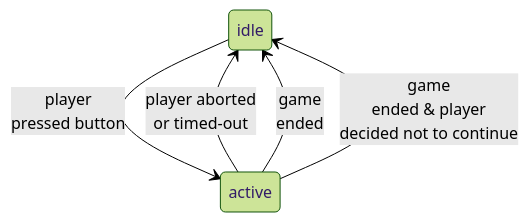
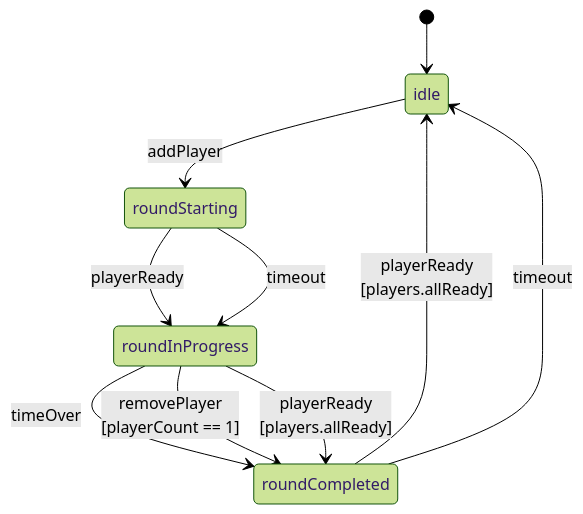
One commit to VasilisAvgoustakis/citizen-quest changed the third of 3 diagrams in doc/dev/game-states.md. Above: the diagram before and after it, drawn with Mermaid (forest theme). The commit also changed other lines of this file and 34 other files, not shown here.

````diff
--- a/doc/dev/game-states.md
+++ b/doc/dev/game-states.md
@@ -50,7 +64,12 @@
 ```mermaid
 stateDiagram-v2
-    idle --> active: player<br>pressed button
-    active --> idle: player aborted<br>or timed-out
-    active --> idle: game<br>ended
-    active --> idle: game<br>ended & player<br>decided not to continue
+    [*] --> idle
+    idle --> roundStarting: addPlayer
+    roundStarting --> roundInProgress: playerReady
+    roundStarting --> roundInProgress: timeout
+    roundInProgress --> roundCompleted: timeOver
+    roundInProgress --> roundCompleted: removePlayer<br>[playerCount == 1]
+    roundInProgress --> roundCompleted: playerReady<br>[players.allReady]
+    roundCompleted --> idle: playerReady<br>[players.allReady]
+    roundCompleted --> idle: timeout
 ```
````
